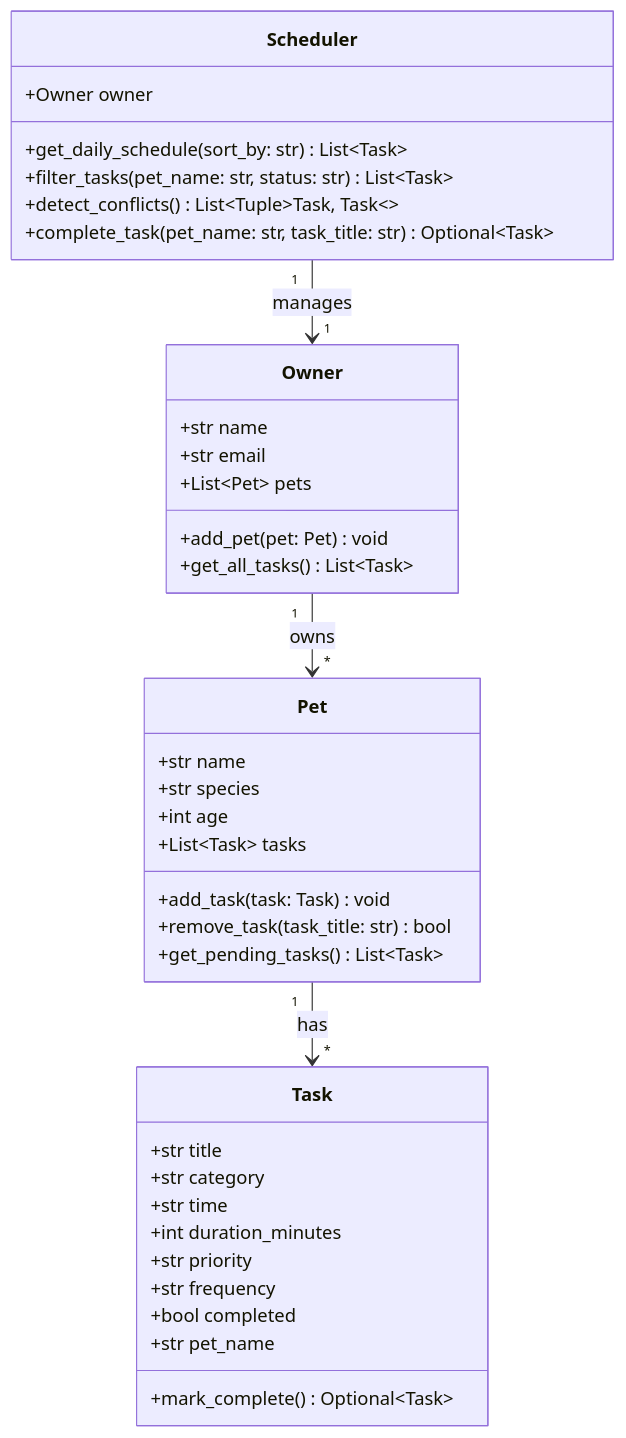
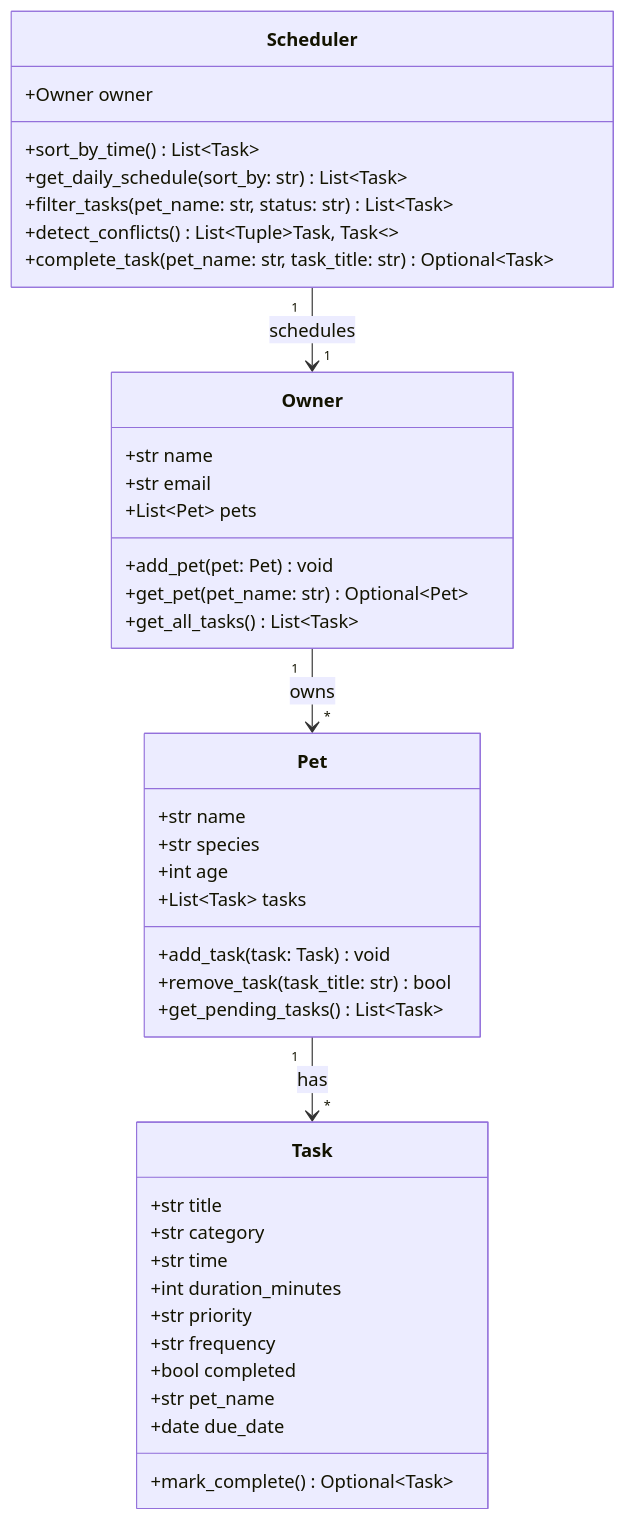
Before and after one commit to saab1209/ai110-module2show-pawpal-starter: the diagram in diagrams/uml.mmd, drawn with Mermaid. The commit also changed other lines of this file and 1 other file, not shown here.

```diff
--- a/diagrams/uml.mmd
+++ b/diagrams/uml.mmd
@@ -1,42 +1,45 @@
 classDiagram
     class Owner {
         +str name
         +str email
         +List~Pet~ pets
         +add_pet(pet: Pet) void
+        +get_pet(pet_name: str) Optional~Pet~
         +get_all_tasks() List~Task~
     }
 
     class Pet {
         +str name
         +str species
         +int age
         +List~Task~ tasks
         +add_task(task: Task) void
         +remove_task(task_title: str) bool
         +get_pending_tasks() List~Task~
     }
 
     class Task {
         +str title
         +str category
         +str time
         +int duration_minutes
         +str priority
         +str frequency
         +bool completed
         +str pet_name
+        +date due_date
         +mark_complete() Optional~Task~
     }
 
     class Scheduler {
         +Owner owner
+        +sort_by_time() List~Task~
         +get_daily_schedule(sort_by: str) List~Task~
         +filter_tasks(pet_name: str, status: str) List~Task~
         +detect_conflicts() List~Tuple~Task, Task~~
         +complete_task(pet_name: str, task_title: str) Optional~Task~
     }
 
     Owner "1" --> "*" Pet : owns
     Pet "1" --> "*" Task : has
-    Scheduler "1" --> "1" Owner : manages
+    Scheduler "1" --> "1" Owner : schedules
```
